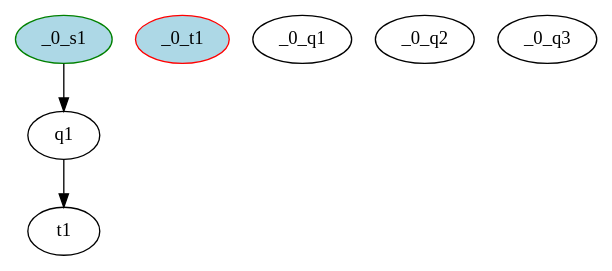
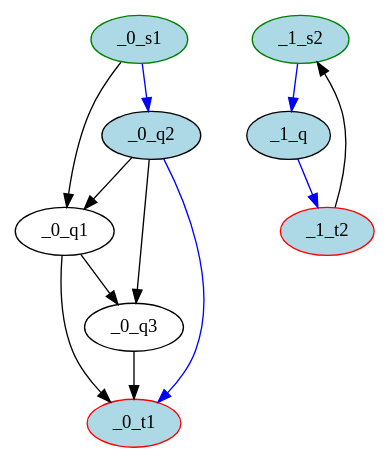
One commit to Demalios/CoCa changed the diagram in assignment/sol/result-l2.dot. Above: the diagram before and after it, drawn with Graphviz. The commit also changed 1 other file, not shown here.

```diff
--- a/assignment/sol/result-l2.dot
+++ b/assignment/sol/result-l2.dot
@@ -1,8 +1,21 @@
-digraph result{
+digraph Sol_Length2{
 _0_s1 [initial=1,color=green][style=filled,fillcolor=lightblue];
 _0_t1 [final=1,color=red][style=filled,fillcolor=lightblue];
 _0_q1 ;
-_0_q2 ;
+_0_q2 [style=filled,fillcolor=lightblue];
 _0_q3 ;
-_0_s1 -> q1 -> t1;
+_0_s1 -> _0_q1 ;
+_0_s1 -> _0_q2 [color=blue];
+_0_q1 -> _0_t1 ;
+_0_q1 -> _0_q3 ;
+_0_q2 -> _0_t1 [color=blue];
+_0_q2 -> _0_q1 ;
+_0_q2 -> _0_q3 ;
+_0_q3 -> _0_t1 ;
+_1_s2 [initial=1,color=green][style=filled,fillcolor=lightblue];
+_1_t2 [final=1,color=red][style=filled,fillcolor=lightblue];
+_1_q [style=filled,fillcolor=lightblue];
+_1_s2 -> _1_q [color=blue];
+_1_t2 -> _1_s2 ;
+_1_q -> _1_t2 [color=blue];
 }
```
